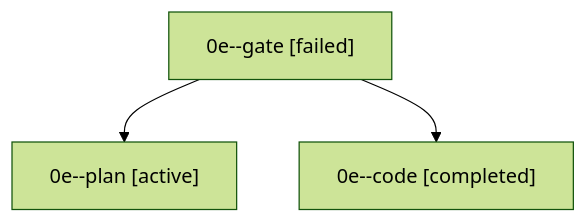
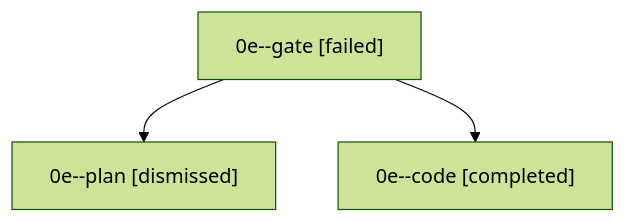
One commit to sase-org/sase--agents changed the diagram in sessions/bbugyi200.apollo.0e.md. Above: the diagram before and after it, drawn with Mermaid (forest theme). The commit also changed other lines of this file and 34 other files, not shown here.

````diff
--- a/sessions/bbugyi200.apollo.0e.md
+++ b/sessions/bbugyi200.apollo.0e.md
@@ -9,8 +9,8 @@
 ```mermaid
 flowchart TD
   n0["0e--gate [failed]"]
-  n1["0e--plan [active]"]
+  n1["0e--plan [dismissed]"]
   n0 --> n1
   n2["0e--code [completed]"]
   n0 --> n2
 ```
````
